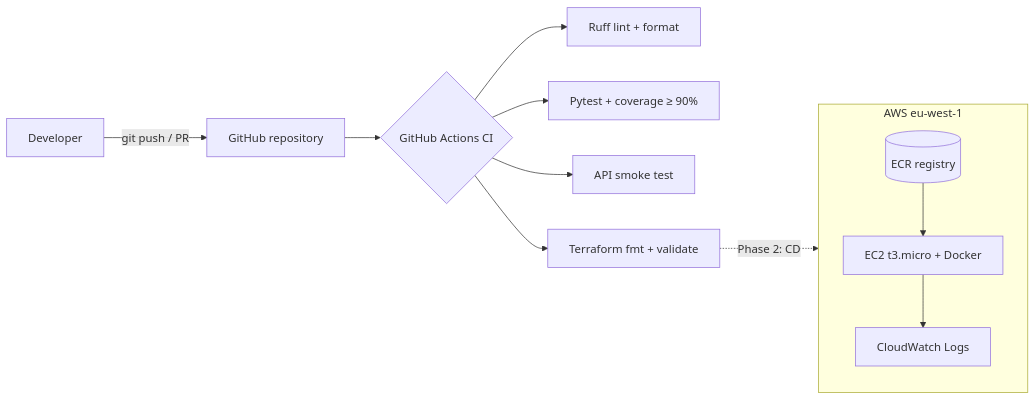
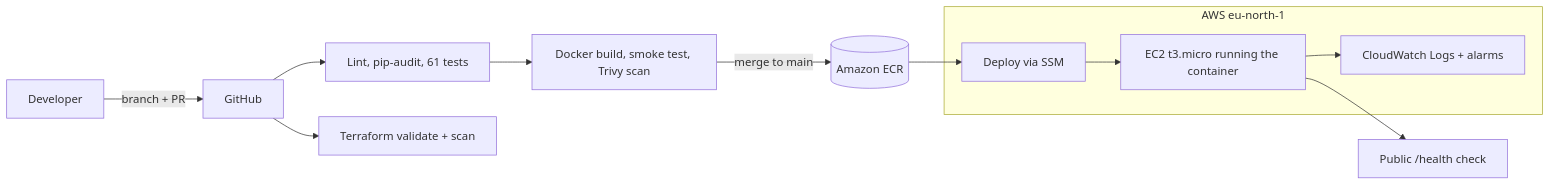
Before and after one commit to carinabbusi/tips-splitter: the diagram in README.md, drawn with Mermaid. The commit also changed other lines of this file and 11 other files, not shown here.

````diff
--- a/README.md
+++ b/README.md
@@ -37,14 +37,14 @@
 ```mermaid
 flowchart LR
-    Dev[Developer] -->|"git push / PR"| GH[GitHub repository]
-    GH --> CI{GitHub Actions CI}
-    CI --> T1["Ruff lint + format"]
-    CI --> T2["Pytest + coverage ≥ 90%"]
-    CI --> T3[API smoke test]
-    CI --> T4["Terraform fmt + validate"]
-    T4 -. "Phase 2: CD" .-> AWS
-    subgraph AWS[AWS eu-west-1]
-        ECR[(ECR registry)] --> EC2["EC2 t3.micro + Docker"]
-        EC2 --> CW[CloudWatch Logs]
+    Dev[Developer] -->|"branch + PR"| GH[GitHub]
+    GH --> T1["Lint, pip-audit, 61 tests"]
+    GH --> T2["Terraform validate + scan"]
+    T1 --> IMG["Docker build, smoke test, Trivy scan"]
+    IMG -->|"merge to main"| ECR[(Amazon ECR)]
+    ECR --> DEP["Deploy via SSM"]
+    subgraph AWS[AWS eu-north-1]
+        DEP --> EC2["EC2 t3.micro running the container"]
+        EC2 --> CW["CloudWatch Logs + alarms"]
     end
+    EC2 --> SMOKE["Public /health check"]
 ```
````
